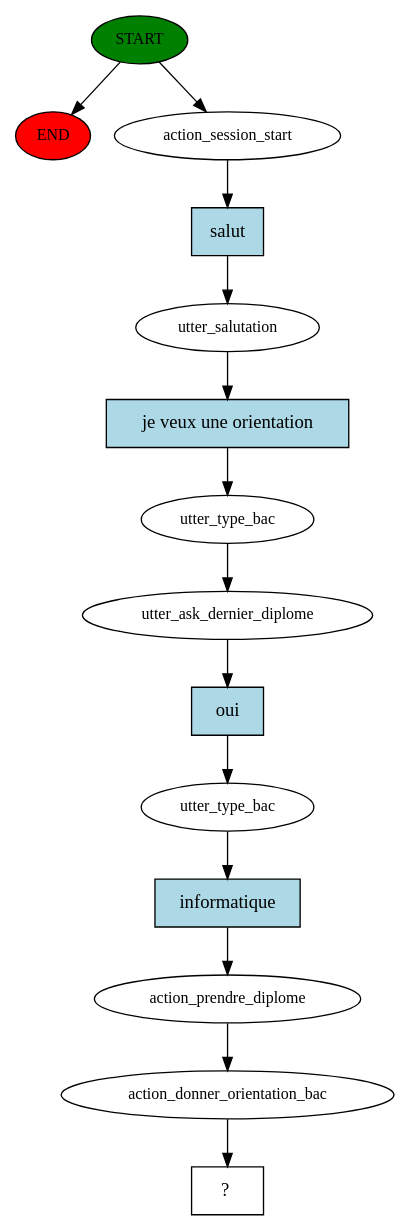
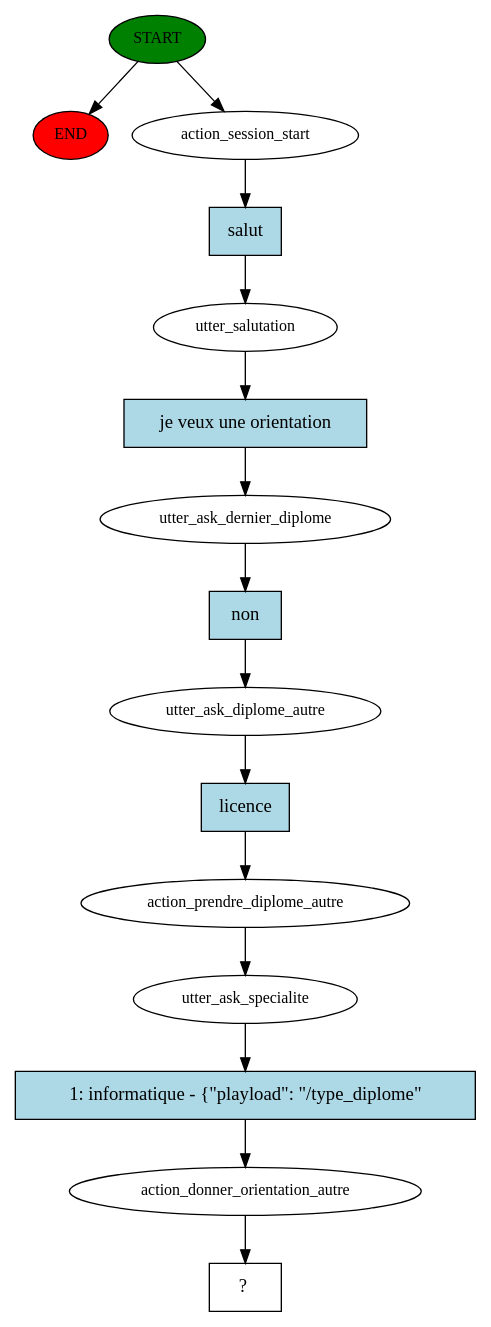
Before and after one commit to MarouaneAyech/chatbot-friday: the diagram in story_graph.dot, drawn with Graphviz. The commit also changed 5 other files, not shown here.

```diff
--- a/story_graph.dot
+++ b/story_graph.dot
@@ -1,29 +1,31 @@
 digraph  {
 0 [class="start active", fillcolor=green, fontsize=12, label=START, style=filled];
 "-1" [class=end, fillcolor=red, fontsize=12, label=END, style=filled];
 1 [class=active, fontsize=12, label=action_session_start];
 2 [class=active, fontsize=12, label=utter_salutation];
-3 [class=active, fontsize=12, label=utter_type_bac];
-4 [class=active, fontsize=12, label=utter_ask_dernier_diplome];
-5 [class=active, fontsize=12, label=utter_type_bac];
-6 [class=active, fontsize=12, label=action_prendre_diplome];
-7 [class=active, fontsize=12, label=action_donner_orientation_bac];
+3 [class=active, fontsize=12, label=utter_ask_dernier_diplome];
+4 [class=active, fontsize=12, label=utter_ask_diplome_autre];
+5 [class=active, fontsize=12, label=action_prendre_diplome_autre];
+6 [class=active, fontsize=12, label=utter_ask_specialite];
+7 [class=active, fontsize=12, label=action_donner_orientation_autre];
 8 [class="intent dashed active", label="  ?  ", shape=rect];
 9 [class="intent active", fillcolor=lightblue, label=salut, shape=rect, style=filled];
 10 [class="intent active", fillcolor=lightblue, label="je veux une orientation", shape=rect, style=filled];
-11 [class="intent active", fillcolor=lightblue, label=oui, shape=rect, style=filled];
-12 [class="intent active", fillcolor=lightblue, label=informatique, shape=rect, style=filled];
+11 [class="intent active", fillcolor=lightblue, label=non, shape=rect, style=filled];
+12 [class="intent active", fillcolor=lightblue, label=licence, shape=rect, style=filled];
+13 [class="intent active", fillcolor=lightblue, label="1: informatique - {\"playload\": \"/type_diplome\"", shape=rect, style=filled];
 0 -> "-1"  [class="", key=NONE, label=""];
 0 -> 1  [class=active, key=NONE, label=""];
 1 -> 9  [class=active, key=0];
 2 -> 10  [class=active, key=0];
-3 -> 4  [class=active, key=NONE, label=""];
-4 -> 11  [class=active, key=0];
-5 -> 12  [class=active, key=0];
-6 -> 7  [class=active, key=NONE, label=""];
+3 -> 11  [class=active, key=0];
+4 -> 12  [class=active, key=0];
+5 -> 6  [class=active, key=NONE, label=""];
+6 -> 13  [class=active, key=0];
 7 -> 8  [class=active, key=NONE, label=""];
 9 -> 2  [class=active, key=0];
 10 -> 3  [class=active, key=0];
-11 -> 5  [class=active, key=0];
-12 -> 6  [class=active, key=0];
+11 -> 4  [class=active, key=0];
+12 -> 5  [class=active, key=0];
+13 -> 7  [class=active, key=0];
 }
```
